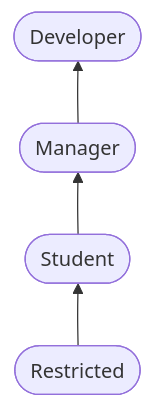
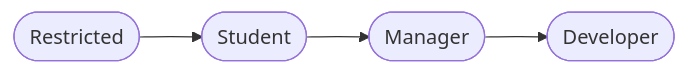
Before and after one commit to jackkroll/portfolio: the diagram in content/projects/liminal/accounts/index.md, drawn with Mermaid. The commit also changed other lines of this file and 14 other files, not shown here.

```diff
--- a/content/projects/liminal/accounts/index.md
+++ b/content/projects/liminal/accounts/index.md
@@ -15,6 +15,6 @@
 {{< mermaid >}}
-graph BT;
+graph LR;
 R([Restricted])-->S([Student]);
 S-->M([Manager])
 M-->D([Developer])
 {{< /mermaid >}}
```
